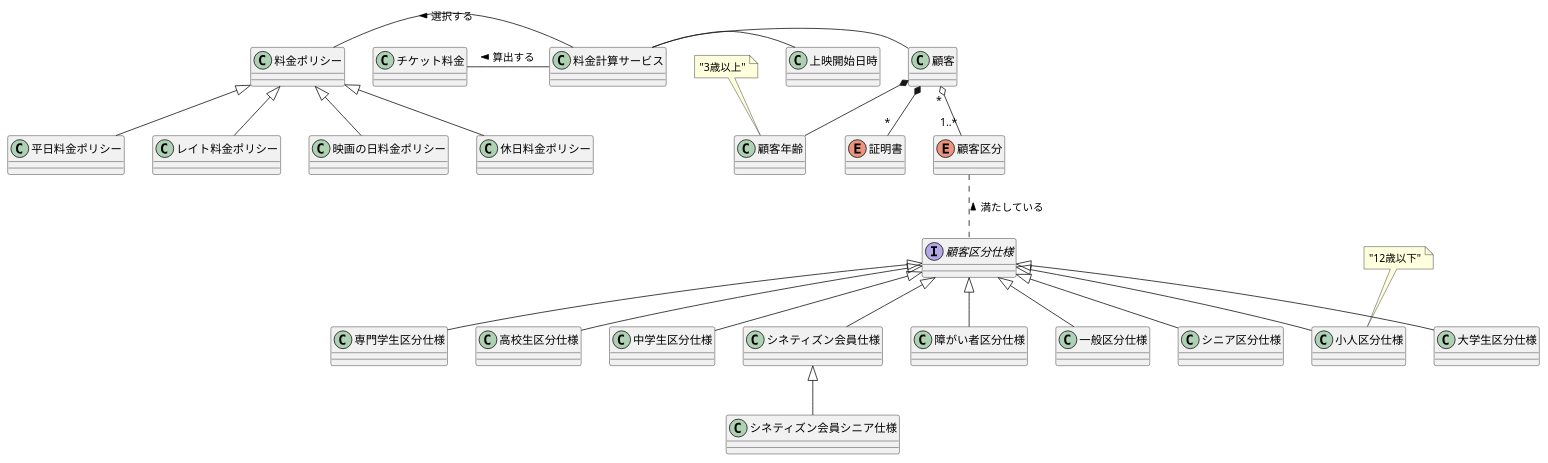
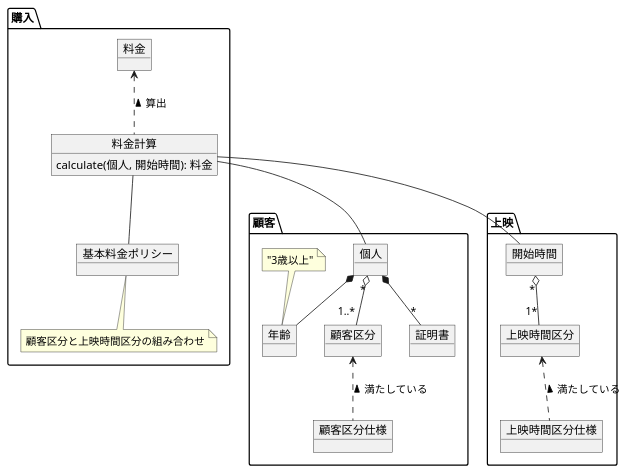
The diagram in docs/diagram.pu (blue32a/ticket-price-modeling), drawn with PlantUML before and after one commit. The commit also changed 87 other files, not shown here.

```diff
--- a/docs/diagram.pu
+++ b/docs/diagram.pu
@@ -1,32 +1,38 @@
 @startuml チケット料金
-interface 顧客区分仕様
-class 上映開始日時
-enum 顧客区分
-enum 証明書
+package 顧客 {
+  object 個人
+  object 証明書
+  object 年齢
+  object 顧客区分仕様
+  object 顧客区分
 
-顧客 *-- 顧客年齢
-note top of 顧客年齢 : "3歳以上"
-顧客 *-- "*" 証明書
-顧客 "*" o-- "1..*" 顧客区分
-顧客区分 .. 顧客区分仕様 : < 満たしている
-顧客区分仕様 <|-- シネティズン会員仕様
-シネティズン会員仕様 <|-- シネティズン会員シニア仕様
-顧客区分仕様 <|-- 一般区分仕様
-顧客区分仕様 <|-- シニア区分仕様
-顧客区分仕様 <|-- 大学生区分仕様
-顧客区分仕様 <|-- 専門学生区分仕様
-顧客区分仕様 <|-- 高校生区分仕様
-顧客区分仕様 <|-- 中学生区分仕様
-顧客区分仕様 <|-- 小人区分仕様
-note top of 小人区分仕様 : "12歳以下"
-顧客区分仕様 <|-- 障がい者区分仕様
-料金ポリシー <|-- 平日料金ポリシー
-料金ポリシー <|-- 休日料金ポリシー
-料金ポリシー <|-- レイト料金ポリシー
-料金ポリシー <|-- 映画の日料金ポリシー
+  個人 *-- 年齢
+  note top of 年齢 : "3歳以上"
+  個人 *-- "*" 証明書
+  個人 "*" o-- "1..*" 顧客区分
+  顧客区分 <.. 顧客区分仕様 : < 満たしている
+}
 
-料金計算サービス - 顧客
-料金計算サービス - 上映開始日時
-料金計算サービス - 料金ポリシー : > 選択する
-チケット料金 - 料金計算サービス : < 算出する
+package 上映 {
+  object 開始時間
+  object 上映時間区分
+  object 上映時間区分仕様
+
+  開始時間 "*" o-- "1*" 上映時間区分
+  上映時間区分 <.. 上映時間区分仕様 : < 満たしている
+}
+
+package 購入 {
+  object 料金
+  object 料金計算 {
+    calculate(個人, 開始時間): 料金
+  }
+  object 基本料金ポリシー
+  note bottom: 顧客区分と上映時間区分の組み合わせ
+
+  料金 <.. 料金計算: < 算出
+  料金計算 -- 基本料金ポリシー
+  料金計算 -- 個人
+  料金計算 -- 開始時間
+}
 @enduml
```
